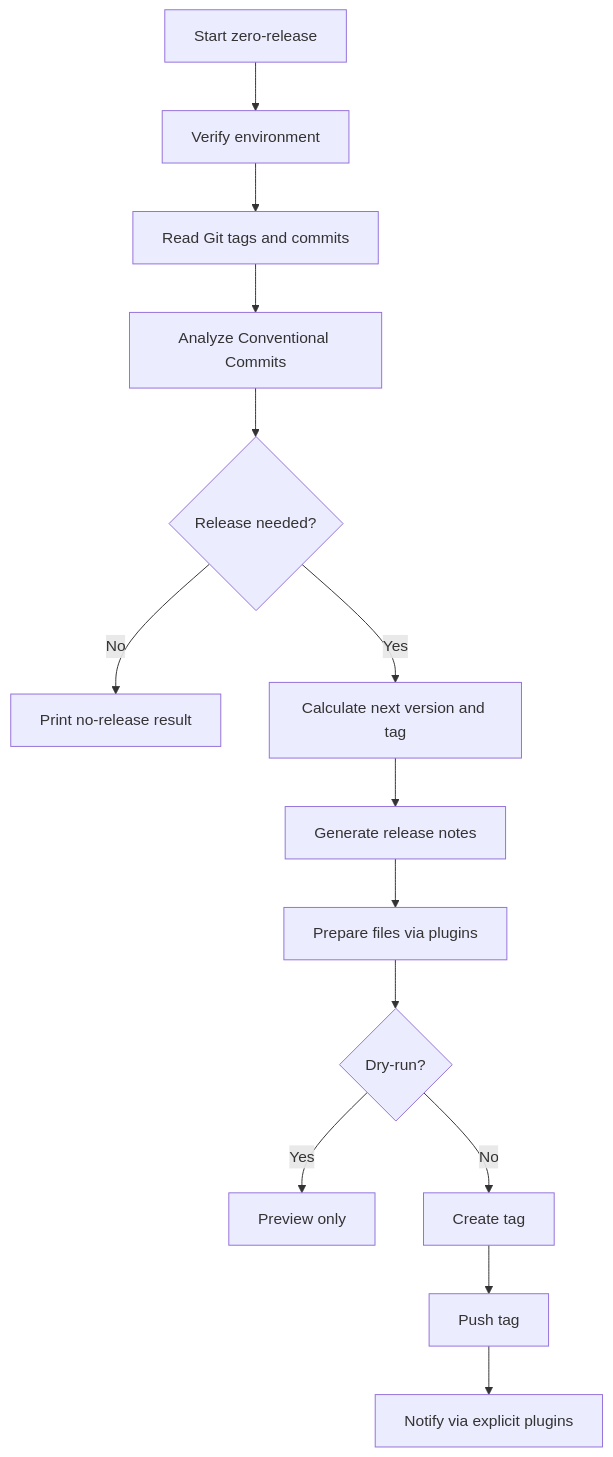
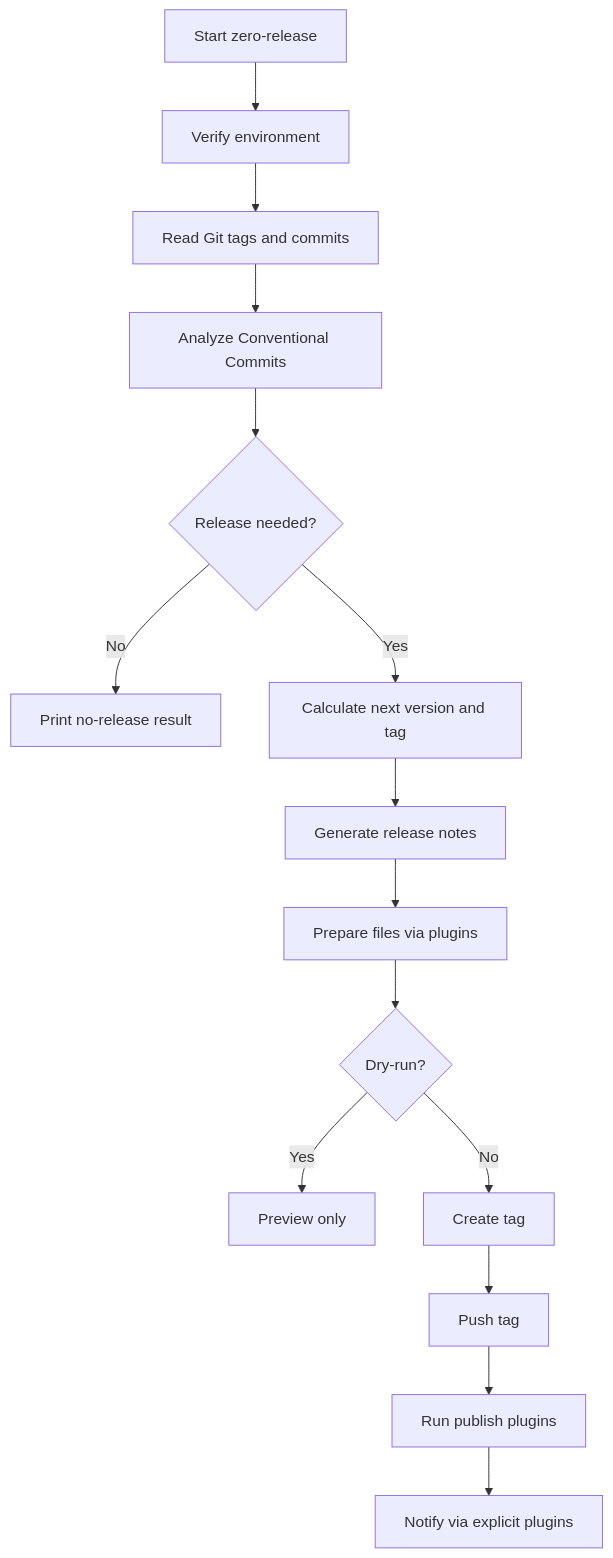
Before and after one commit to zero-release/zero-release: the first of 2 diagrams in README.md, drawn with Mermaid. The commit also changed other lines of this file and 5 other files, not shown here.

````diff
--- a/README.md
+++ b/README.md
@@ -225,16 +272,17 @@
 ```mermaid
 flowchart TD
   A[Start zero-release] --> B[Verify environment]
   B --> C[Read Git tags and commits]
   C --> D[Analyze Conventional Commits]
   D --> E{Release needed?}
   E -- No --> F[Print no-release result]
   E -- Yes --> G[Calculate next version and tag]
   G --> H[Generate release notes]
   H --> I[Prepare files via plugins]
   I --> J{Dry-run?}
   J -- Yes --> K[Preview only]
   J -- No --> L[Create tag]
   L --> M[Push tag]
-  M --> N[Notify via explicit plugins]
+  M --> N[Run publish plugins]
+  N --> O[Notify via explicit plugins]
 ```
````
